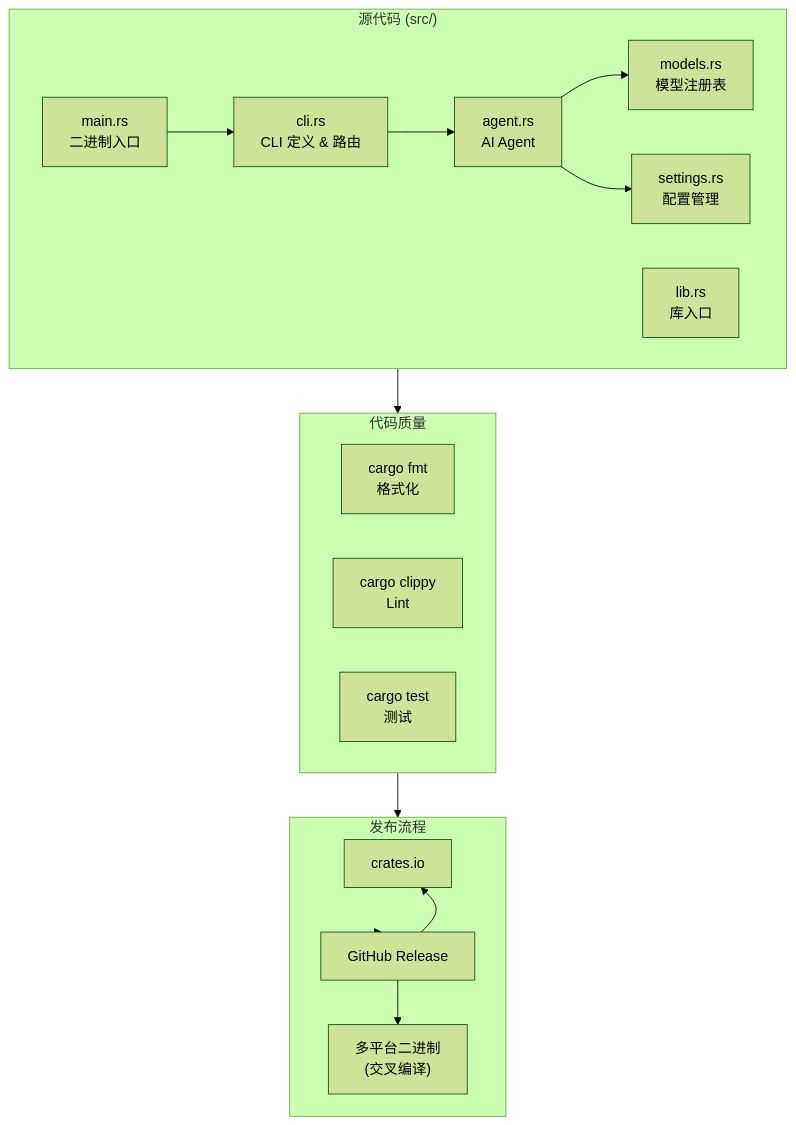
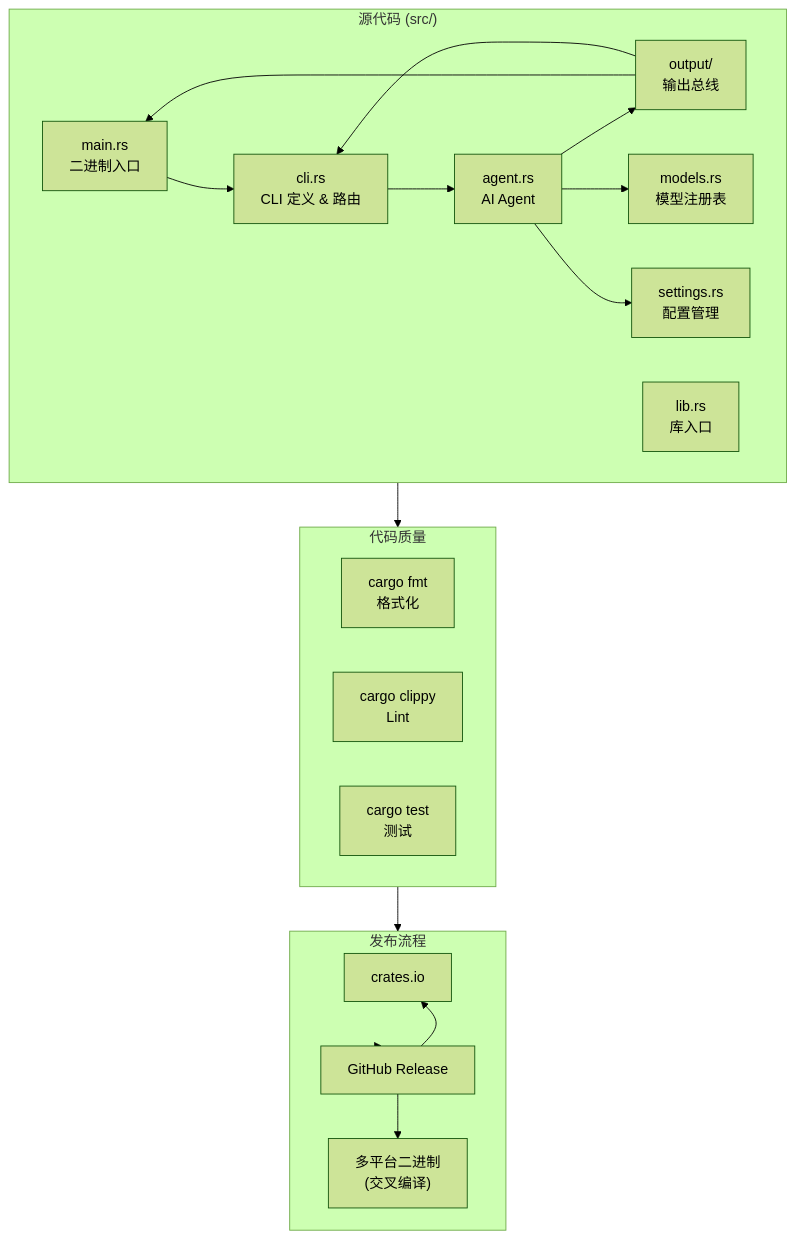
The diagram in docs/content/advanced/architecture.mdx (shenjingnan/zapmyco), drawn with Mermaid (forest theme) before and after one commit. The commit also changed other lines of this file and 1 other file, not shown here.

First line of the commit message:
docs: 添加输出系统（Output Bus）设计文档 (#428)

````diff
--- a/docs/content/advanced/architecture.mdx
+++ b/docs/content/advanced/architecture.mdx
@@ -8,33 +8,37 @@
 ```mermaid
 graph TB
     subgraph Source["源代码 (src/)"]
         main["main.rs<br/>二进制入口"]
         lib["lib.rs<br/>库入口"]
         cli["cli.rs<br/>CLI 定义 & 路由"]
         agent["agent.rs<br/>AI Agent"]
+        output["output/<br/>输出总线"]
         models["models.rs<br/>模型注册表"]
         settings["settings.rs<br/>配置管理"]
     end
 
     subgraph Quality["代码质量"]
         fmt["cargo fmt<br/>格式化"]
         clippy["cargo clippy<br/>Lint"]
         test["cargo test<br/>测试"]
     end
 
     subgraph Release["发布流程"]
         crates_io["crates.io"]
         gh_release["GitHub Release"]
         binaries["多平台二进制<br/>(交叉编译)"]
     end
 
     main --> cli
     cli --> agent
+    agent --> output
     agent --> models
     agent --> settings
+    output --> main
+    output --> cli
     Source --> Quality
     Quality --> Release
     Release --> gh_release
     gh_release --> crates_io
     gh_release --> binaries
 ```
````
